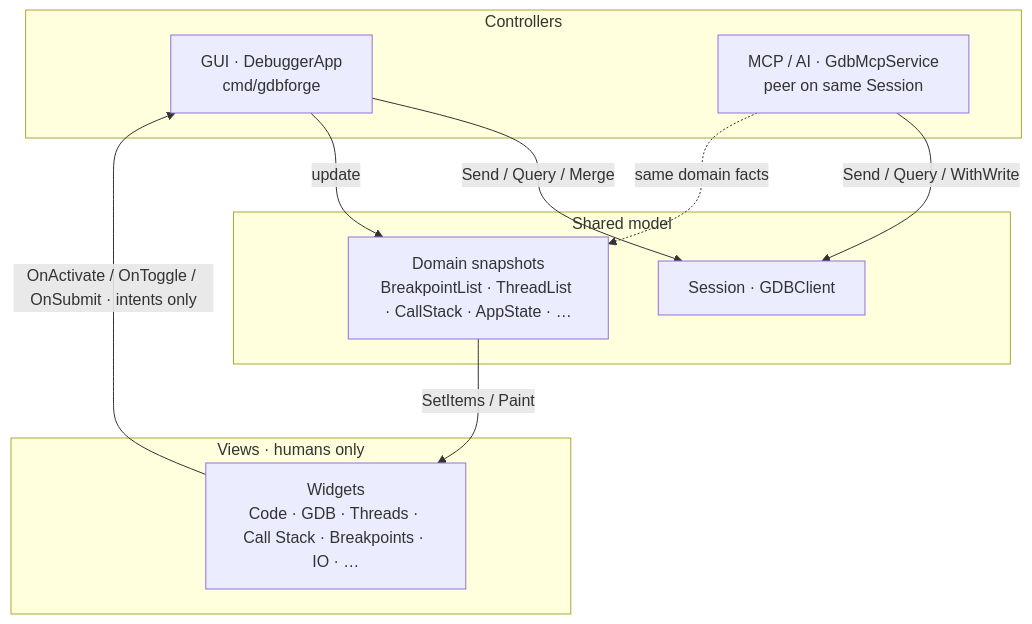
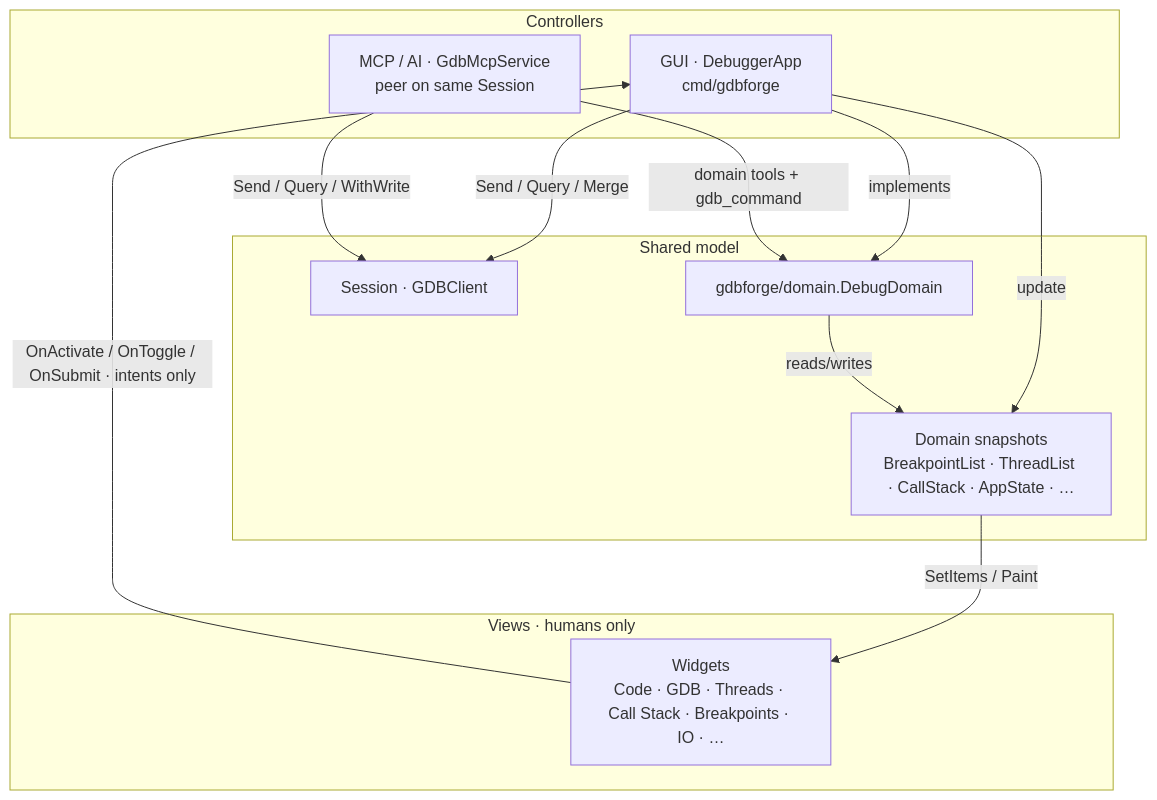
Before and after one commit to yairgd/gdbforge: the first of 8 diagrams in docs/ARCHITECTURE.md, drawn with Mermaid. The commit also changed other lines of this file and 14 other files, not shown here.

First line of the commit message:
Add shared debug domain and wire :AI tools through it.

````diff
--- a/docs/ARCHITECTURE.md
+++ b/docs/ARCHITECTURE.md
@@ -17,24 +18,27 @@
 ```mermaid
 flowchart TB
     subgraph controllers ["Controllers"]
         GUI["GUI · DebuggerApp<br/>cmd/gdbforge"]
         MCP["MCP / AI · GdbMcpService<br/>peer on same Session"]
     end
 
     subgraph model ["Shared model"]
         Sess["Session · GDBClient"]
         Dom["Domain snapshots<br/>BreakpointList · ThreadList · CallStack · AppState · …"]
+        Surf["gdbforge/domain.DebugDomain"]
     end
 
     subgraph views ["Views · humans only"]
         W["Widgets<br/>Code · GDB · Threads · Call Stack · Breakpoints · IO · …"]
     end
 
     GUI -->|"Send / Query / Merge"| Sess
     GUI -->|"update"| Dom
+    GUI -->|"implements"| Surf
+    MCP -->|"domain tools + gdb_command"| Surf
     MCP -->|"Send / Query / WithWrite"| Sess
-    MCP -.->|"same domain facts"| Dom
+    Surf -->|"reads/writes"| Dom
 
     Dom -->|"SetItems / Paint"| W
     W -->|"OnActivate / OnToggle / OnSubmit · intents only"| GUI
 ```
````
